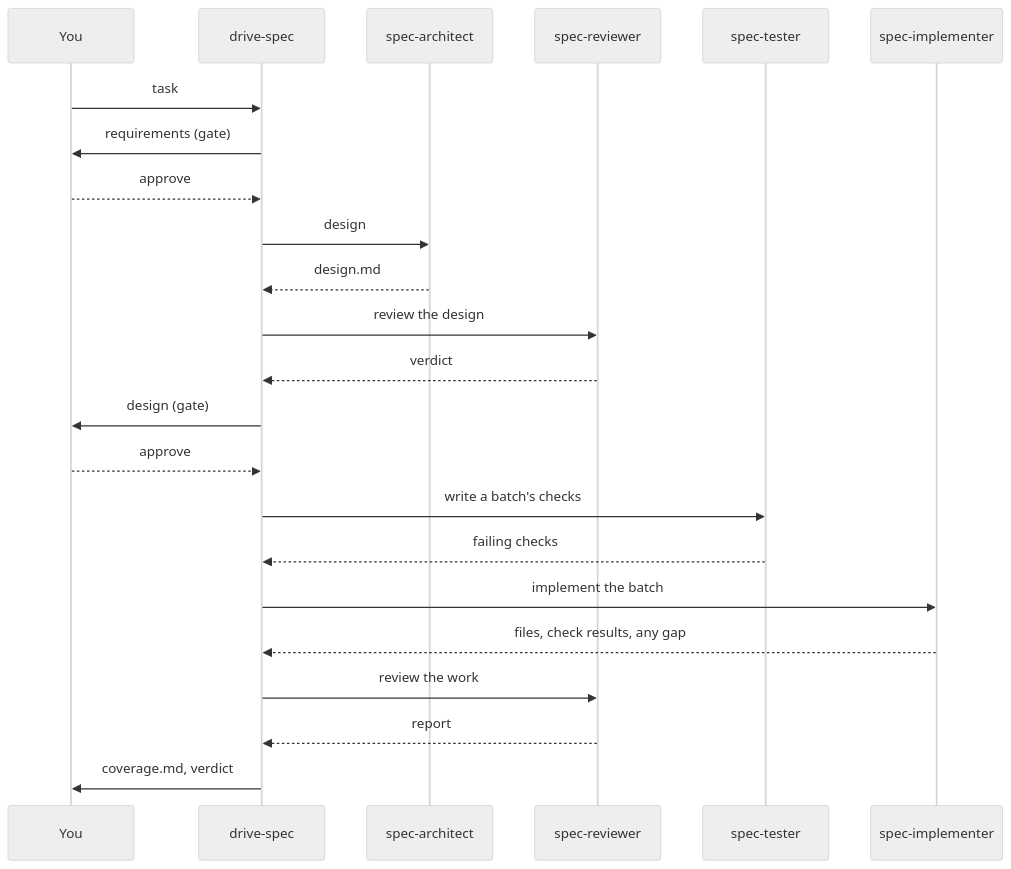
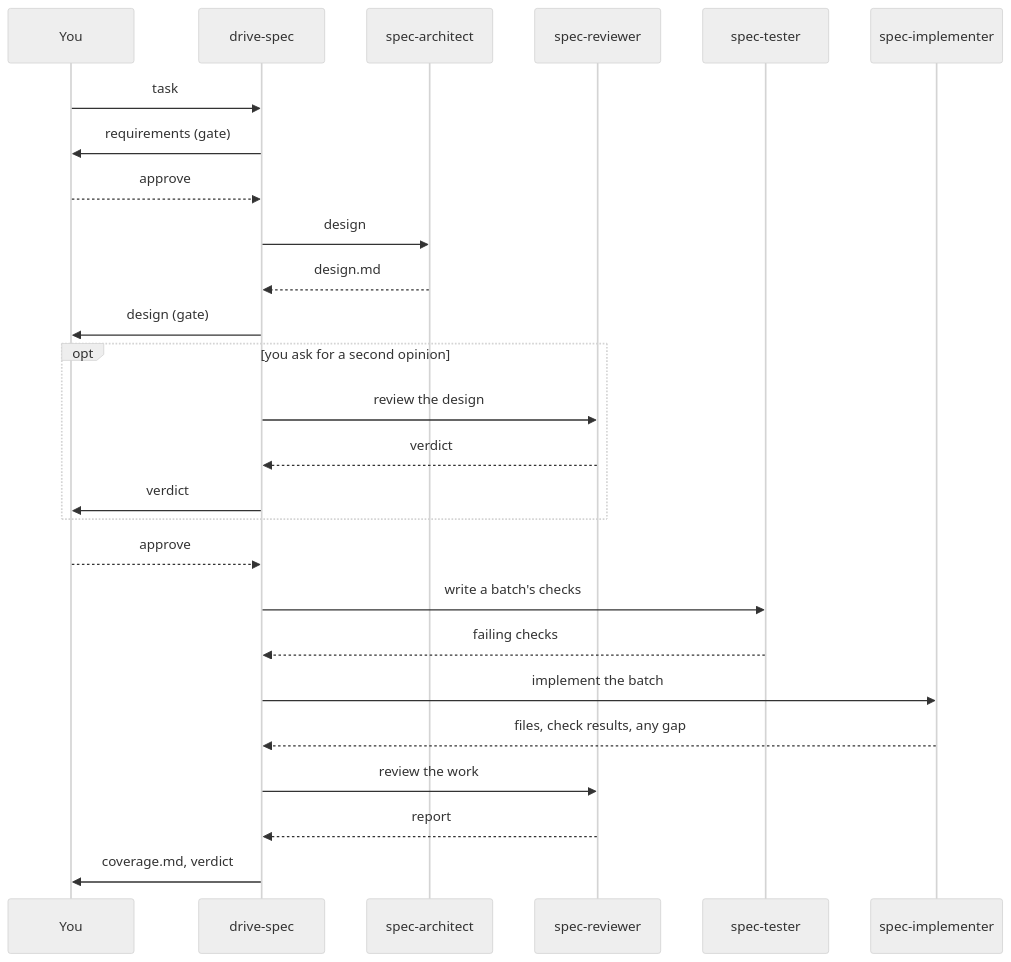
The third of 4 diagrams in plugins/my-workflow/README.md (SimonWang9610/my-claude), drawn with Mermaid (neutral theme) before and after one commit. The commit also changed other lines of this file and 36 other files, not shown here.

````diff
--- a/plugins/my-workflow/README.md
+++ b/plugins/my-workflow/README.md
@@ -246,25 +246,28 @@
 ```mermaid
 sequenceDiagram
   participant U as You
   participant D as drive-spec
   participant A as spec-architect
   participant R as spec-reviewer
   participant T as spec-tester
   participant I as spec-implementer
   U->>D: task
   D->>U: requirements (gate)
   U-->>D: approve
   D->>A: design
   A-->>D: design.md
-  D->>R: review the design
-  R-->>D: verdict
   D->>U: design (gate)
+  opt you ask for a second opinion
+    D->>R: review the design
+    R-->>D: verdict
+    D->>U: verdict
+  end
   U-->>D: approve
   D->>T: write a batch's checks
   T-->>D: failing checks
   D->>I: implement the batch
   I-->>D: files, check results, any gap
   D->>R: review the work
   R-->>D: report
   D->>U: coverage.md, verdict
 ```
````
